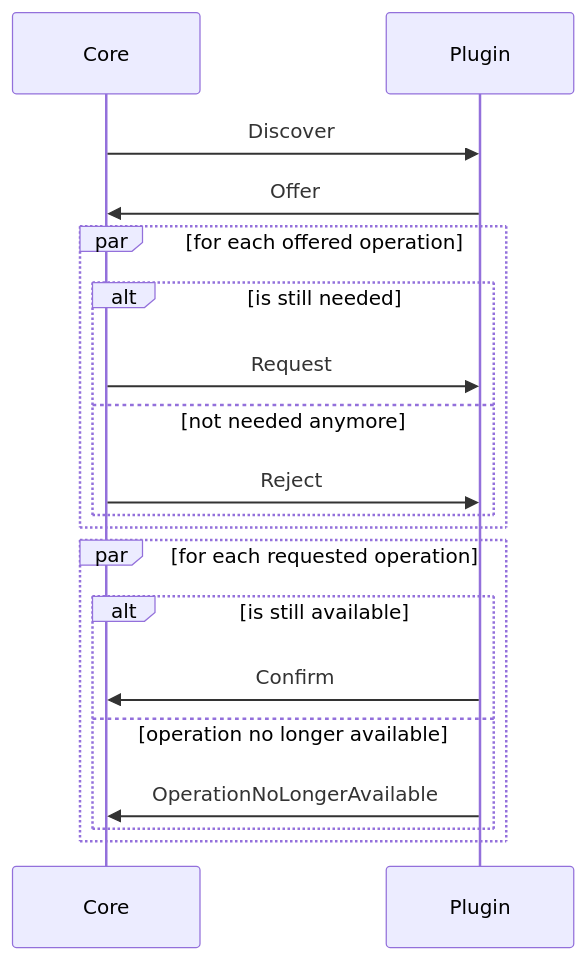
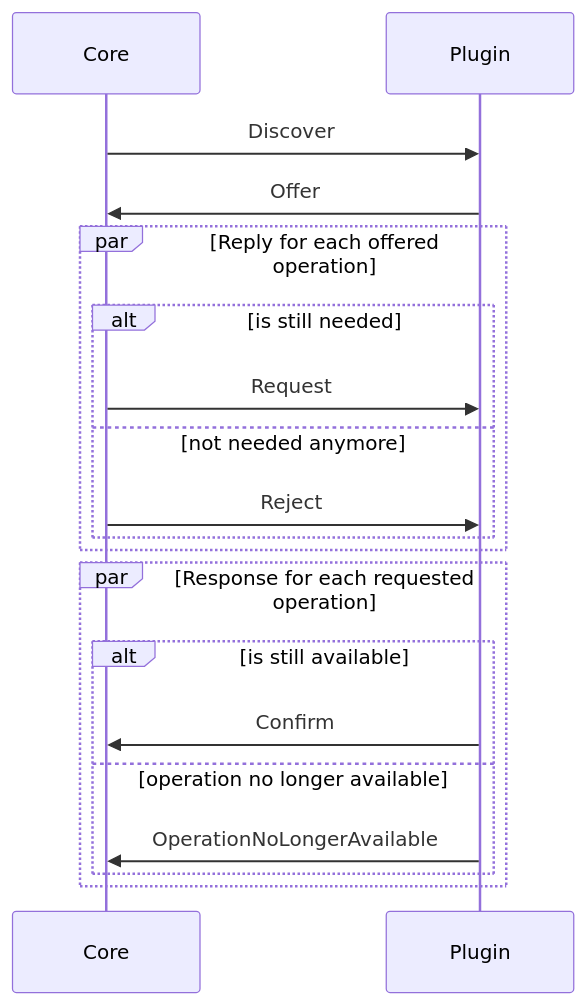
Before and after one commit to orbitalis-framework/py-orbitalis: the fourth of 13 diagrams in README.md, drawn with Mermaid. The commit also changed other lines of this file and 26 other files, not shown here.

````diff
--- a/README.md
+++ b/README.md
@@ -204,19 +204,19 @@
 ```mermaid
 sequenceDiagram
     Core->>Plugin: Discover
     Plugin->>Core: Offer
-    par for each offered operation
+    par Reply for each offered operation
         alt is still needed
             Core->>Plugin: Request
         else not needed anymore
             Core->>Plugin: Reject
         end
     end
-    par for each requested operation
+    par Response for each requested operation
         alt is still available
             Plugin->>Core: Confirm
         else operation no longer available
             Plugin->>Core: OperationNoLongerAvailable
         end
     end
 ```
````
